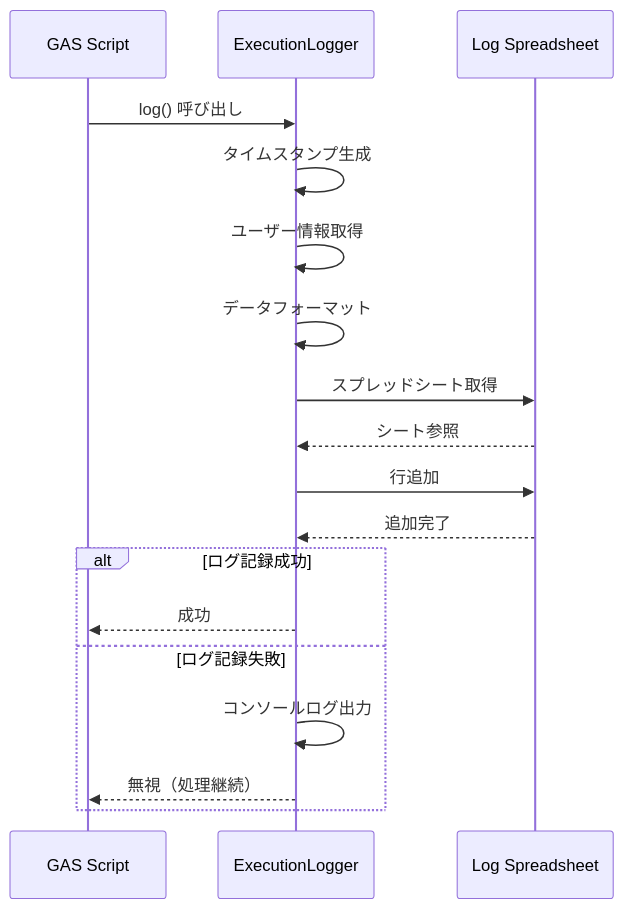
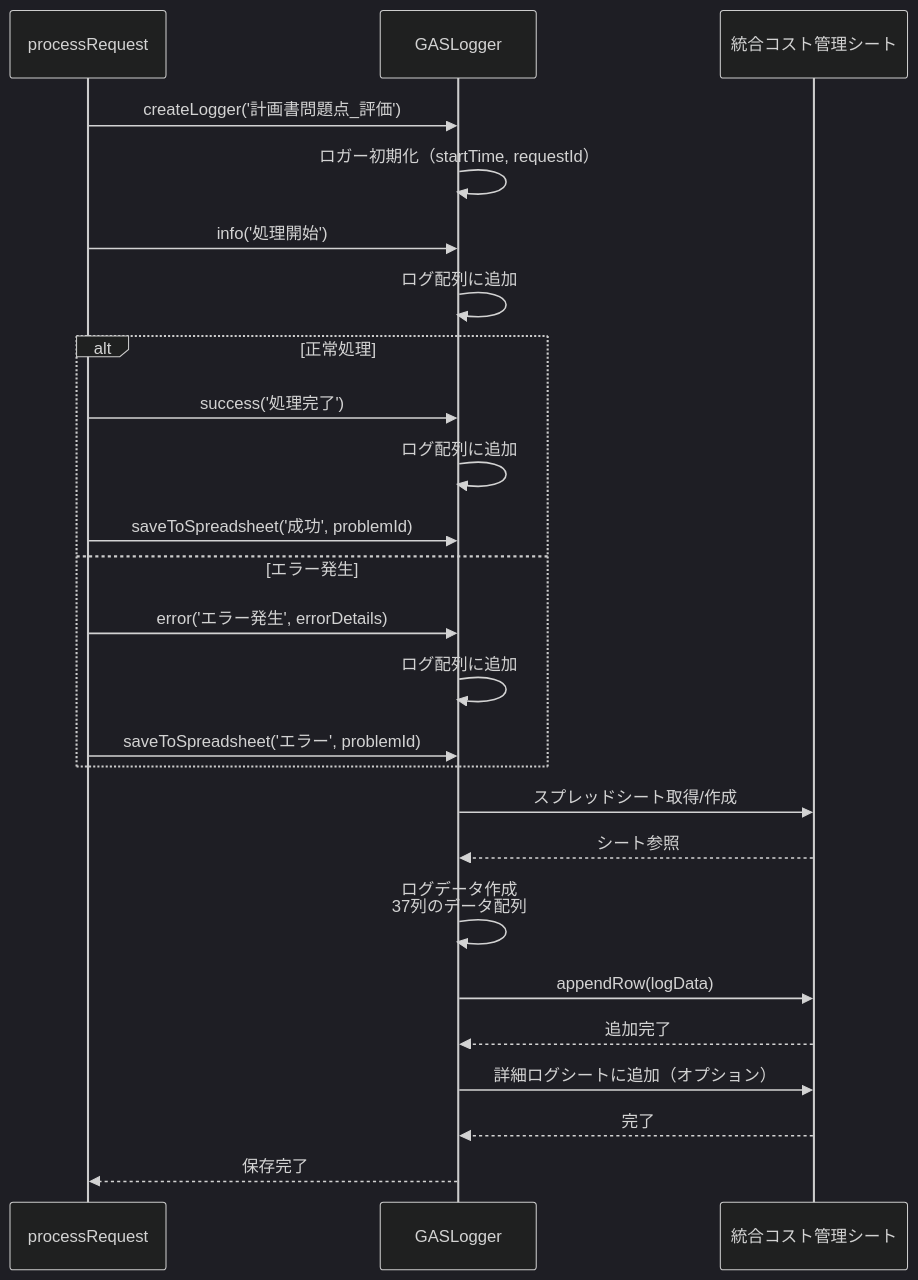
One commit to tasai-lab/appsheet-gas-automation changed the sixth of 10 diagrams in gas_projects/projects/nursing/Appsheet_訪問看護_計画書問題点_評価/FLOW.md. Above: the diagram before and after it, drawn with Mermaid. The commit also changed other lines of this file and 50 other files, not shown here.

````diff
--- a/gas_projects/projects/nursing/Appsheet_訪問看護_計画書問題点_評価/FLOW.md
+++ b/gas_projects/projects/nursing/Appsheet_訪問看護_計画書問題点_評価/FLOW.md
@@ -117,24 +204,36 @@
 ```mermaid
+%%{init: {'theme':'dark'}}%%
 sequenceDiagram
-    participant Script as GAS Script
-    participant Logger as ExecutionLogger
-    participant Sheet as Log Spreadsheet
-    
-    Script->>Logger: log() 呼び出し
-    Logger->>Logger: タイムスタンプ生成
-    Logger->>Logger: ユーザー情報取得
-    Logger->>Logger: データフォーマット
-    
-    Logger->>Sheet: スプレッドシート取得
+    participant Script as processRequest
+    participant Logger as GASLogger
+    participant Sheet as 統合コスト管理シート
+
+    Script->>Logger: createLogger('計画書問題点_評価')
+    Logger->>Logger: ロガー初期化（startTime, requestId）
+
+    Script->>Logger: info('処理開始')
+    Logger->>Logger: ログ配列に追加
+
+    alt 正常処理
+        Script->>Logger: success('処理完了')
+        Logger->>Logger: ログ配列に追加
+        Script->>Logger: saveToSpreadsheet('成功', problemId)
+    else エラー発生
+        Script->>Logger: error('エラー発生', errorDetails)
+        Logger->>Logger: ログ配列に追加
+        Script->>Logger: saveToSpreadsheet('エラー', problemId)
+    end
+
+    Logger->>Sheet: スプレッドシート取得/作成
     Sheet-->>Logger: シート参照
-    
-    Logger->>Sheet: 行追加
+
+    Logger->>Logger: ログデータ作成<br/>37列のデータ配列
+
+    Logger->>Sheet: appendRow(logData)
     Sheet-->>Logger: 追加完了
-    
-    alt ログ記録成功
-        Logger-->>Script: 成功
-    else ログ記録失敗
-        Logger->>Logger: コンソールログ出力
-        Logger-->>Script: 無視（処理継続）
-    end
+
+    Logger->>Sheet: 詳細ログシートに追加（オプション）
+    Sheet-->>Logger: 完了
+
+    Logger-->>Script: 保存完了
 ```
````
